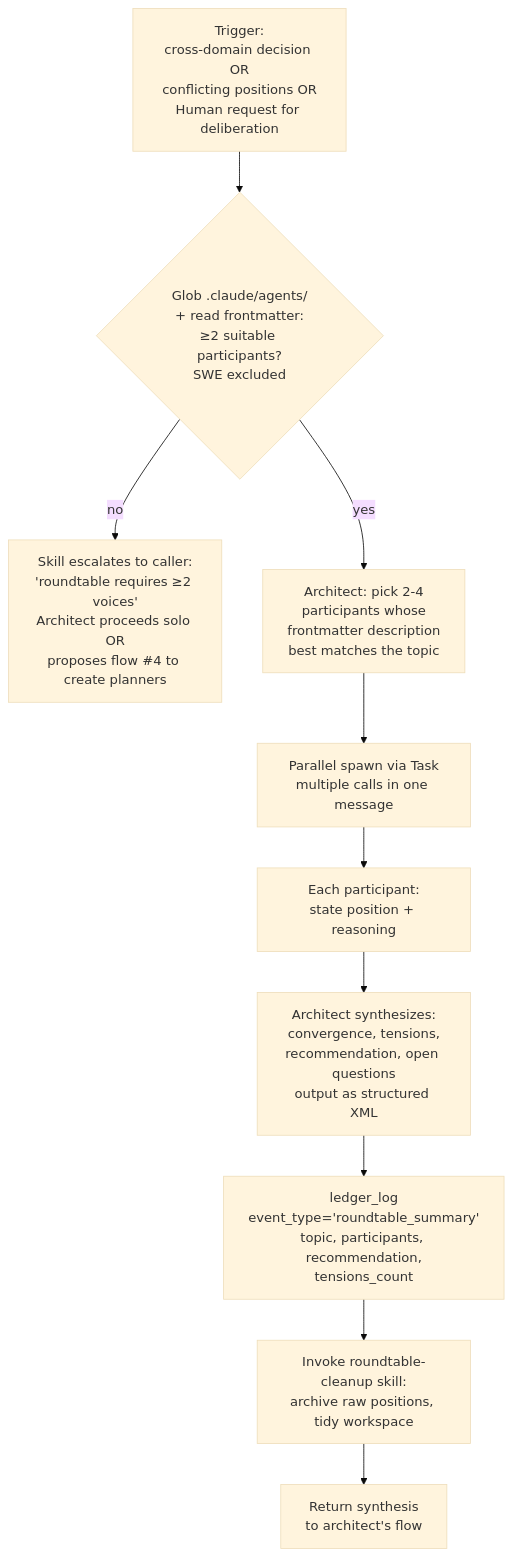
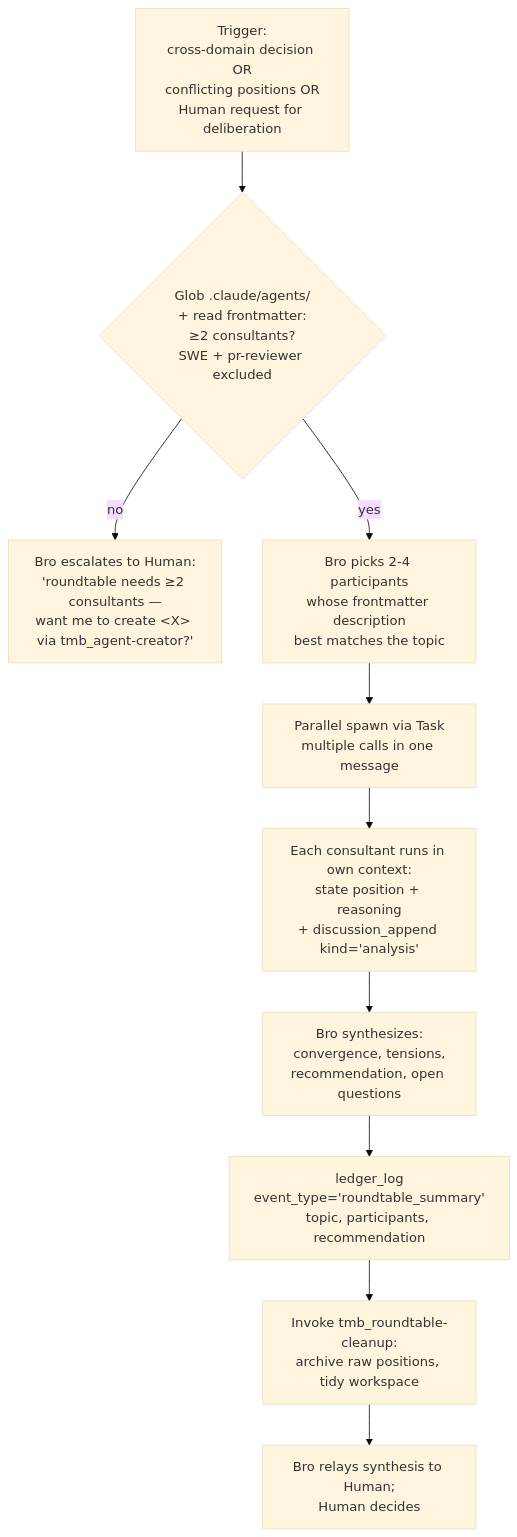
Before and after one commit to trustmybot/plugin: the ninth of 11 diagrams in docs/architecture/FLOWS.md, drawn with Mermaid (base theme). The commit also changed other lines of this file and 8 other files, not shown here.

````diff
--- a/docs/architecture/FLOWS.md
+++ b/docs/architecture/FLOWS.md
@@ -431,12 +444,12 @@
 ```mermaid
 flowchart TD
-    A[Trigger:<br/>cross-domain decision OR<br/>conflicting positions OR<br/>Human request for deliberation] --> B{Glob .claude/agents/<br/>+ read frontmatter:<br/>≥2 suitable participants?<br/>SWE excluded}
-    B -->|no| C[Skill escalates to caller:<br/>'roundtable requires ≥2 voices'<br/>Architect proceeds solo OR<br/>proposes flow #4 to create planners]
-    B -->|yes| D[Architect: pick 2-4<br/>participants whose<br/>frontmatter description<br/>best matches the topic]
+    A[Trigger:<br/>cross-domain decision OR<br/>conflicting positions OR<br/>Human request for deliberation] --> B{Glob .claude/agents/<br/>+ read frontmatter:<br/>≥2 consultants?<br/>SWE + pr-reviewer excluded}
+    B -->|no| C[Bro escalates to Human:<br/>'roundtable needs ≥2 consultants —<br/>want me to create &lt;X&gt; via tmb_agent-creator?']
+    B -->|yes| D[Bro picks 2-4 participants<br/>whose frontmatter description<br/>best matches the topic]
     D --> E[Parallel spawn via Task<br/>multiple calls in one message]
-    E --> F[Each participant:<br/>state position + reasoning]
-    F --> G[Architect synthesizes:<br/>convergence, tensions,<br/>recommendation, open questions<br/>output as structured XML]
-    G --> H[ledger_log<br/>event_type='roundtable_summary'<br/>topic, participants, recommendation,<br/>tensions_count]
-    H --> I[Invoke roundtable-cleanup skill:<br/>archive raw positions, tidy workspace]
-    I --> J[Return synthesis<br/>to architect's flow]
+    E --> F[Each consultant runs in own context:<br/>state position + reasoning<br/>+ discussion_append kind='analysis']
+    F --> G[Bro synthesizes:<br/>convergence, tensions,<br/>recommendation, open questions]
+    G --> H["ledger_log<br/>event_type='roundtable_summary'<br/>topic, participants, recommendation"]
+    H --> I[Invoke tmb_roundtable-cleanup:<br/>archive raw positions, tidy workspace]
+    I --> J[Bro relays synthesis to Human;<br/>Human decides]
 ```
````
